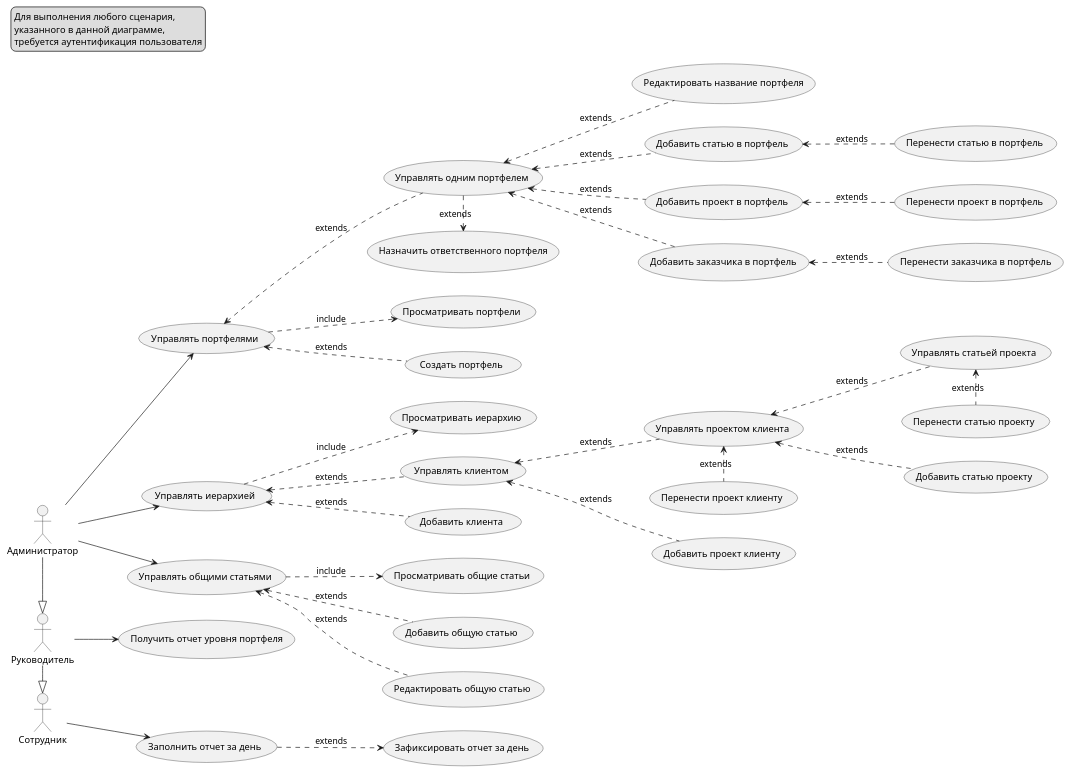
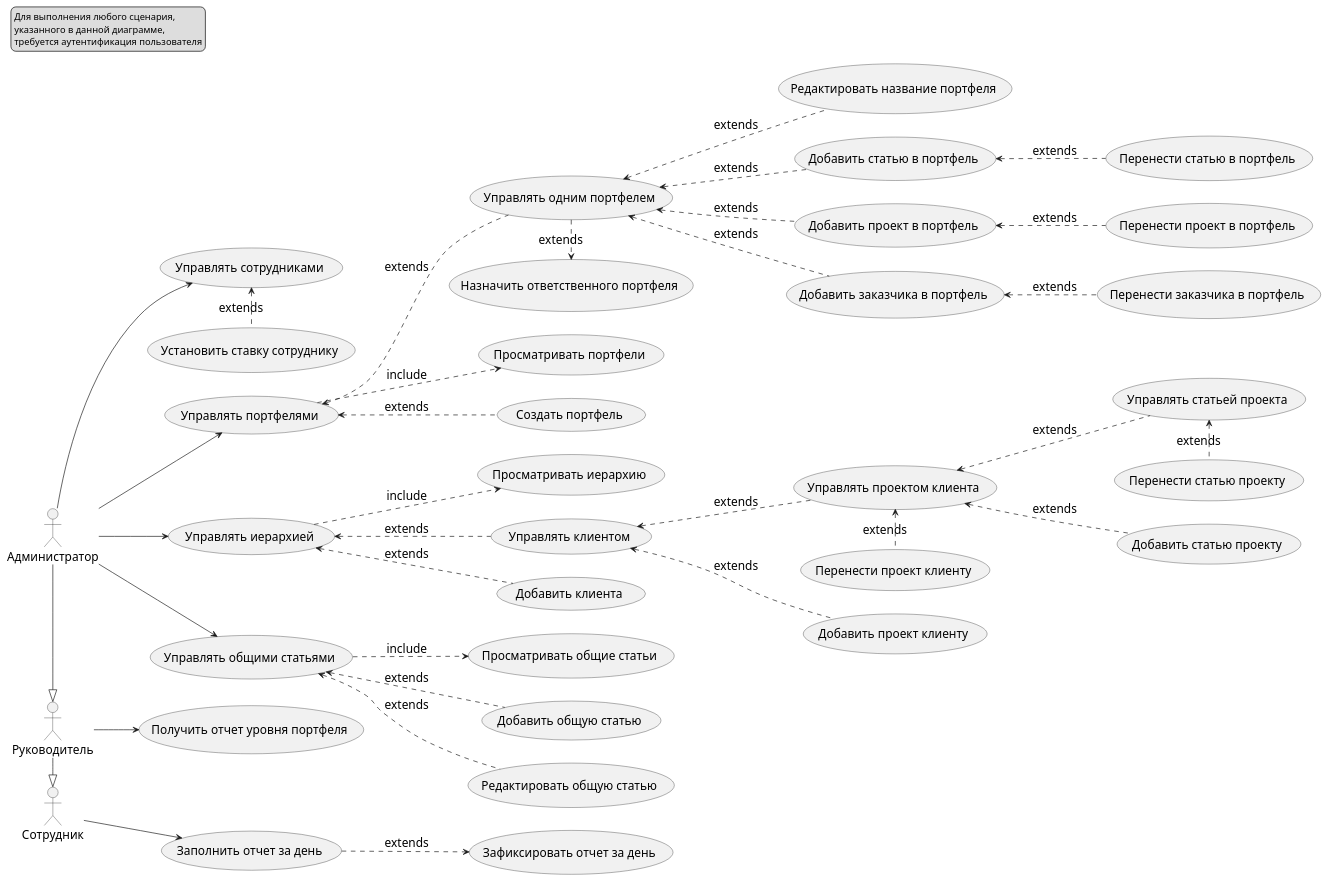
The diagram in uml/UseCase.puml (APTSquad/aptracker-docs), drawn with PlantUML before and after one commit.

Commit message:
Update use case

```diff
--- a/uml/UseCase.puml
+++ b/uml/UseCase.puml
@@ -1,107 +1,114 @@
 @startuml 'APTracker Use Cases'
 left to right direction
+skinparam DefaultFontSize 18
 
 :Администратор: as Admin
 :Руководитель: as Manager
 :Сотрудник: as Developer
 
 Admin -|> Manager
 Manager -|> Developer
 
 
 (Управлять портфелями) as (BagManage)
 (Просматривать портфели) as (BagView)
 (Создать портфель) as (BagCreate)
 
 (Управлять одним портфелем) as (BagManageSingle)
 (Редактировать название портфеля) as (BagRename)
 (Назначить ответственного портфеля) as (BagSetResponsive)
 
 (Добавить статью в портфель) as (BagAddArticle)
 (Перенести статью в портфель) as (BagMoveArticle)
 
 (Добавить проект в портфель) as (BagAddProject)
 (Перенести проект в портфель) as (BagMoveProject)
 
 (Добавить заказчика в портфель) as (BagAddClient)
 (Перенести заказчика в портфель) as (BagMoveClient)
 
 (BagManage) <.. (BagCreate) : extends
 (BagManage) ..> (BagView) : include
 
 (BagManage) <.. (BagManageSingle) : extends
 
 (BagManageSingle) <.. (BagAddArticle) : extends
 (BagAddArticle) <.. (BagMoveArticle) : extends
 
 (BagManageSingle) <.. (BagAddProject) : extends
 (BagAddProject) <.. (BagMoveProject) : extends
 
 (BagManageSingle) <.. (BagAddClient) : extends
 (BagAddClient) <.. (BagMoveClient) : extends
 
 (BagManageSingle) <.. (BagRename) : extends
 
 (BagManageSingle) .> (BagSetResponsive) : extends
 
 Admin --> (BagManage)
 
 (Получить отчет уровня портфеля) as (GetBagReport)
 Manager --> (GetBagReport)
 
 (Заполнить отчет за день) as (FillDailyReport)
 (Зафиксировать отчет за день) as (FixDailyReport)
 (FillDailyReport) ..> (FixDailyReport) : extends
 
 Developer --> (FillDailyReport)
 
 (Управлять иерархией) as (ManageHierarchy)
 (Просматривать иерархию) as (ViewHierarchy)
 (ManageHierarchy) ..> (ViewHierarchy) : include
 
 (Управлять клиентом) as (ManageClient)
 (Управлять проектом клиента) as (ManageProject)
 (Управлять статьей проекта) as (ManageArticle)
 
 (ManageHierarchy) <.. (ManageClient) : extends
 (ManageClient) <.. (ManageProject) : extends
 (ManageProject) <.. (ManageArticle) : extends
 
 
 (Добавить клиента) as (AddClient)
 (Добавить проект клиенту) as (AddProject)
 (Добавить статью проекту) as (AddArticle)
 
 (ManageHierarchy) <.. (AddClient) : extends
 (ManageClient) <.. (AddProject) : extends
 (ManageProject) <.. (AddArticle) : extends
 
 (Перенести проект клиенту) as (TransferProject)
 (Перенести статью проекту) as (TransferArticle)
 
 (ManageProject) <. (TransferProject) : extends
 (ManageArticle) <. (TransferArticle) : extends
 
 (Управлять общими статьями) as (ManageCommonArticles)
 
 (ManageCommonArticles) ..> (ViewCommonArticles) : include
 
 (ManageCommonArticles) <.. (AddCommonArticle) : extends
 (ManageCommonArticles) <.. (EditCommonArticle) : extends
 
 (Просматривать общие статьи) as (ViewCommonArticles)
 (Добавить общую статью) as (AddCommonArticle)
 (Редактировать общую статью) as (EditCommonArticle)
 
+(Управлять сотрудниками) as (ManageUsers)
 
+(Установить ставку сотруднику) as (SetUserRate)
+(ManageUsers) <. (SetUserRate) : extends
+
+
+Admin --> (ManageUsers)
 Admin --> (ManageHierarchy)
 Admin --> (ManageCommonArticles)
 
 legend top left
     Для выполнения любого сценария,
     указанного в данной диаграмме,
     требуется аутентификация пользователя
 endlegend
 
 
 @enduml
```
